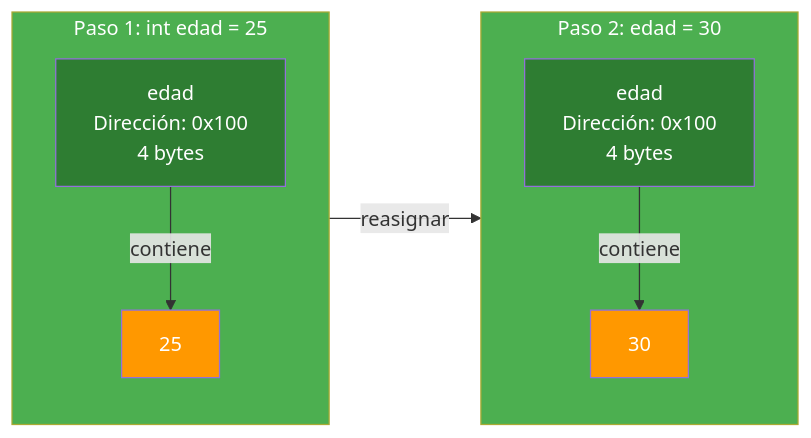
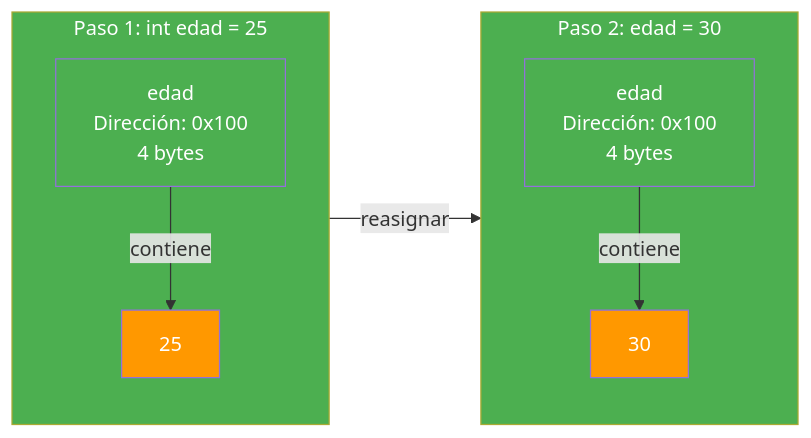
One commit to joseluisgs/Programacion-01-2026-2027 changed the fourth of 6 diagrams in 05-tipos-datos.md. Above: the diagram before and after it, drawn with Mermaid. The commit also changed other lines of this file and 10 other files, not shown here.

````diff
--- a/05-tipos-datos.md
+++ b/05-tipos-datos.md
@@ -533,16 +533,16 @@
 ```mermaid
 graph LR
     subgraph STACK_1 ["Paso 1: int edad = 25"]
         A1["edad<br/>Dirección: 0x100<br/>4 bytes"] -->|"contiene"| V1["25"]
     end
     subgraph STACK_2 ["Paso 2: edad = 30"]
         A2["edad<br/>Dirección: 0x100<br/>4 bytes"] -->|"contiene"| V2["30"]
     end
     STACK_1 -->|"reasignar"| STACK_2
     style STACK_1 fill:#4CAF50,color:#fff
     style STACK_2 fill:#4CAF50,color:#fff
-    style A1 fill:#2E7D32,color:#fff
-    style A2 fill:#2E7D32,color:#fff
+style A1 fill:#4CAF50,color:#fff
+  style A2 fill:#4CAF50,color:#fff
     style V1 fill:#FF9800,color:#fff
     style V2 fill:#FF9800,color:#fff
 ```
````
